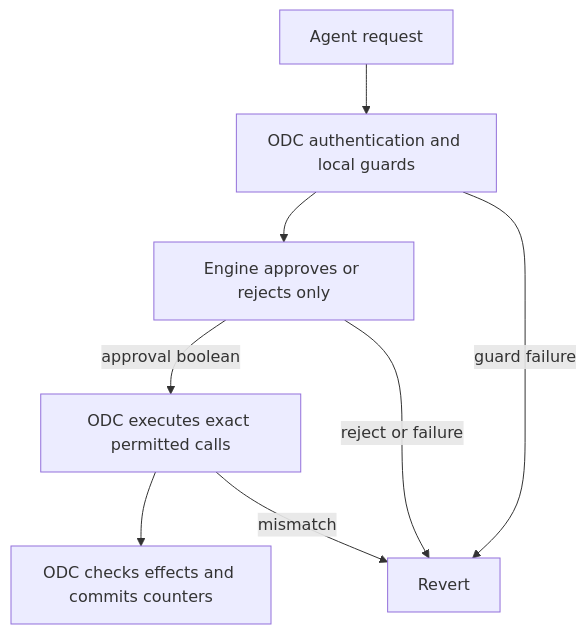
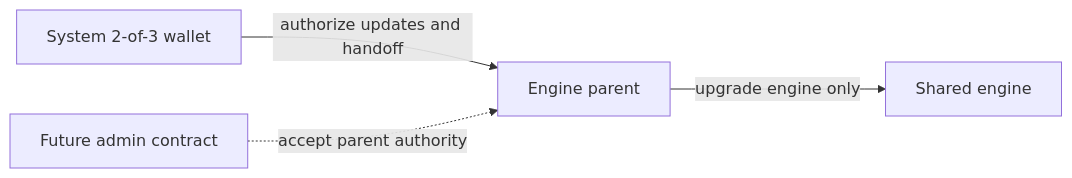
Before and after one commit to AllowIt-hq/allowit-contracts-stellar: the second of 2 diagrams in docs/architecture.md, drawn with Mermaid. The commit also changed other lines of this file, not shown here.

Commit message:
Clarify wallet checks and separate engine governance diagrams

````diff
--- a/docs/architecture.md
+++ b/docs/architecture.md
@@ -31,10 +27,6 @@
 ```mermaid
-flowchart TD
-    R[Agent request] --> L[ODC authentication and local guards]
-    L --> E[Engine approves or rejects only]
-    L -->|guard failure| N
-    E -->|approval boolean| X[ODC executes exact permitted calls]
-    X --> C[ODC checks effects and commits counters]
-    E -->|reject or failure| N[Revert]
-    X -->|mismatch| N
+flowchart LR
+    S[System 2-of-3 wallet] -->|authorize updates and handoff| P[Engine parent]
+    F[Future admin contract] -.->|accept parent authority| P
+    P -->|upgrade engine only| E[Shared engine]
 ```
````
